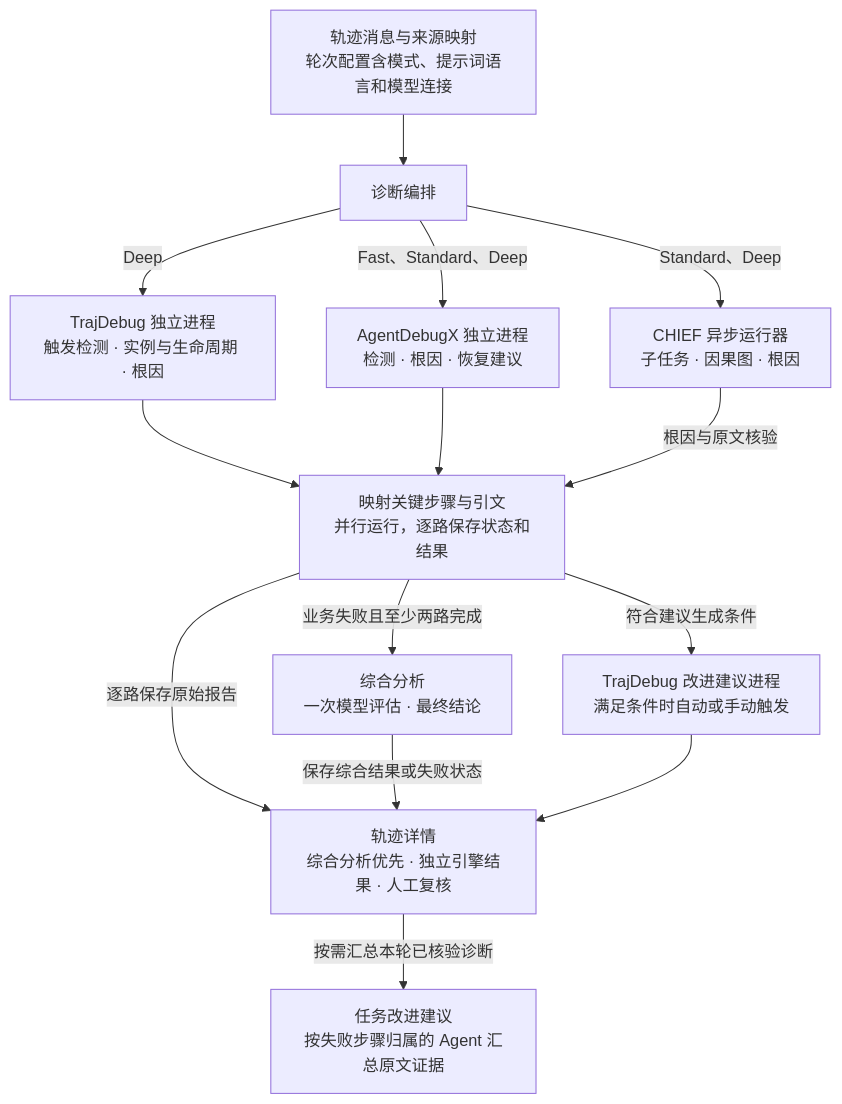
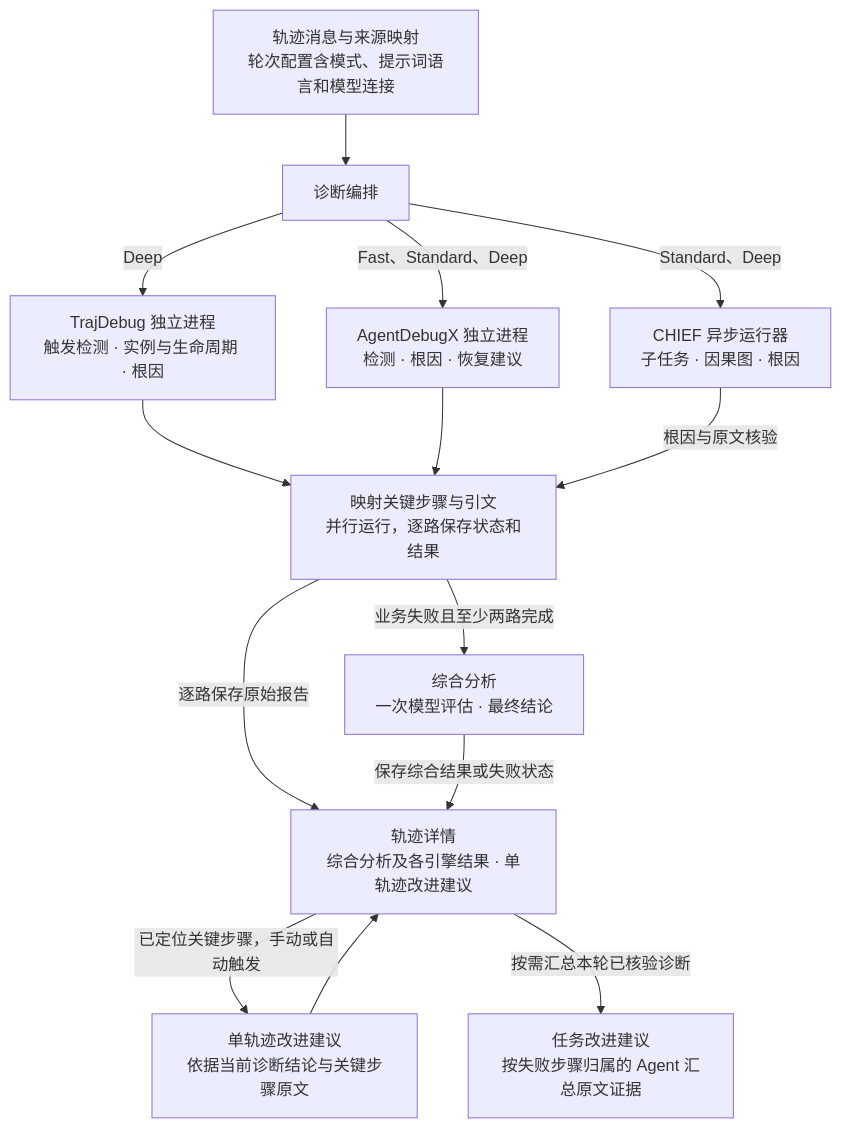
One commit to szluoqy-byte/agent-trace-diagnostics changed the second of 2 diagrams in docs/architecture.md. Above: the diagram before and after it, drawn with Mermaid. The commit also changed other lines of this file and 28 other files, not shown here.

````diff
--- a/docs/architecture.md
+++ b/docs/architecture.md
@@ -50,27 +50,27 @@
 ```mermaid
 flowchart TB
     Input["轨迹消息与来源映射<br/>轮次配置含模式、提示词语言和模型连接"]
     Dispatch["诊断编排"]
     TD["TrajDebug 独立进程<br/>触发检测 · 实例与生命周期 · 根因"]
     AD["AgentDebugX 独立进程<br/>检测 · 根因 · 恢复建议"]
     CH["CHIEF 异步运行器<br/>子任务 · 因果图 · 根因"]
     Evidence["映射关键步骤与引文<br/>并行运行，逐路保存状态和结果"]
     Synthesis["综合分析<br/>一次模型评估 · 最终结论"]
-    Feedback["TrajDebug 改进建议进程<br/>满足条件时自动或手动触发"]
-    Report["轨迹详情<br/>综合分析优先 · 独立引擎结果 · 人工复核"]
+    Feedback["单轨迹改进建议<br/>依据当前诊断结论与关键步骤原文"]
+    Report["轨迹详情<br/>综合分析及各引擎结果 · 单轨迹改进建议"]
     Improvements["任务改进建议<br/>按失败步骤归属的 Agent 汇总原文证据"]
 
     Input --> Dispatch
     Dispatch -->|Deep| TD
     Dispatch -->|Fast、Standard、Deep| AD
     Dispatch -->|Standard、Deep| CH
     TD --> Evidence
     AD --> Evidence
     CH -->|根因与原文核验| Evidence
     Evidence -->|逐路保存原始报告| Report
     Evidence -->|业务失败且至少两路完成| Synthesis
     Synthesis -->|保存综合结果或失败状态| Report
-    Evidence -->|符合建议生成条件| Feedback
+    Report -->|已定位关键步骤，手动或自动触发| Feedback
     Feedback --> Report
     Report -->|按需汇总本轮已核验诊断| Improvements
 ```
````
